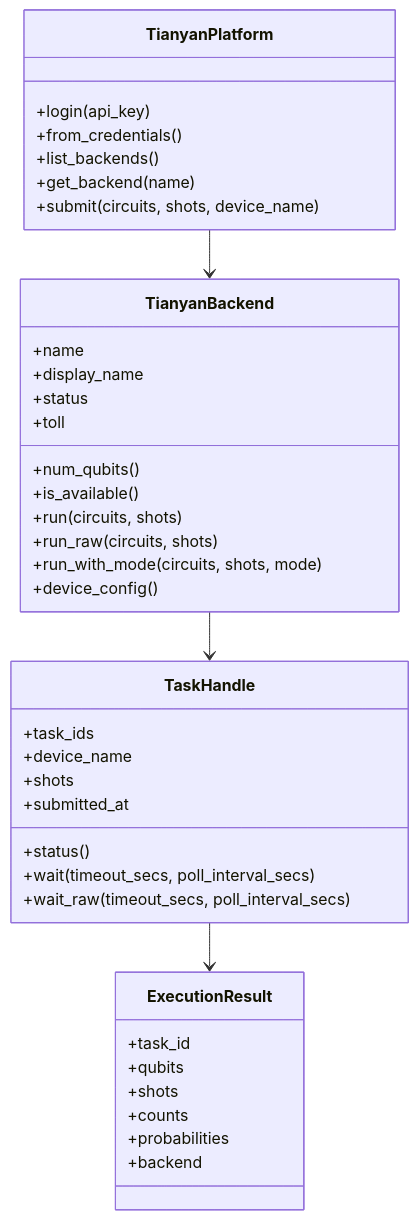
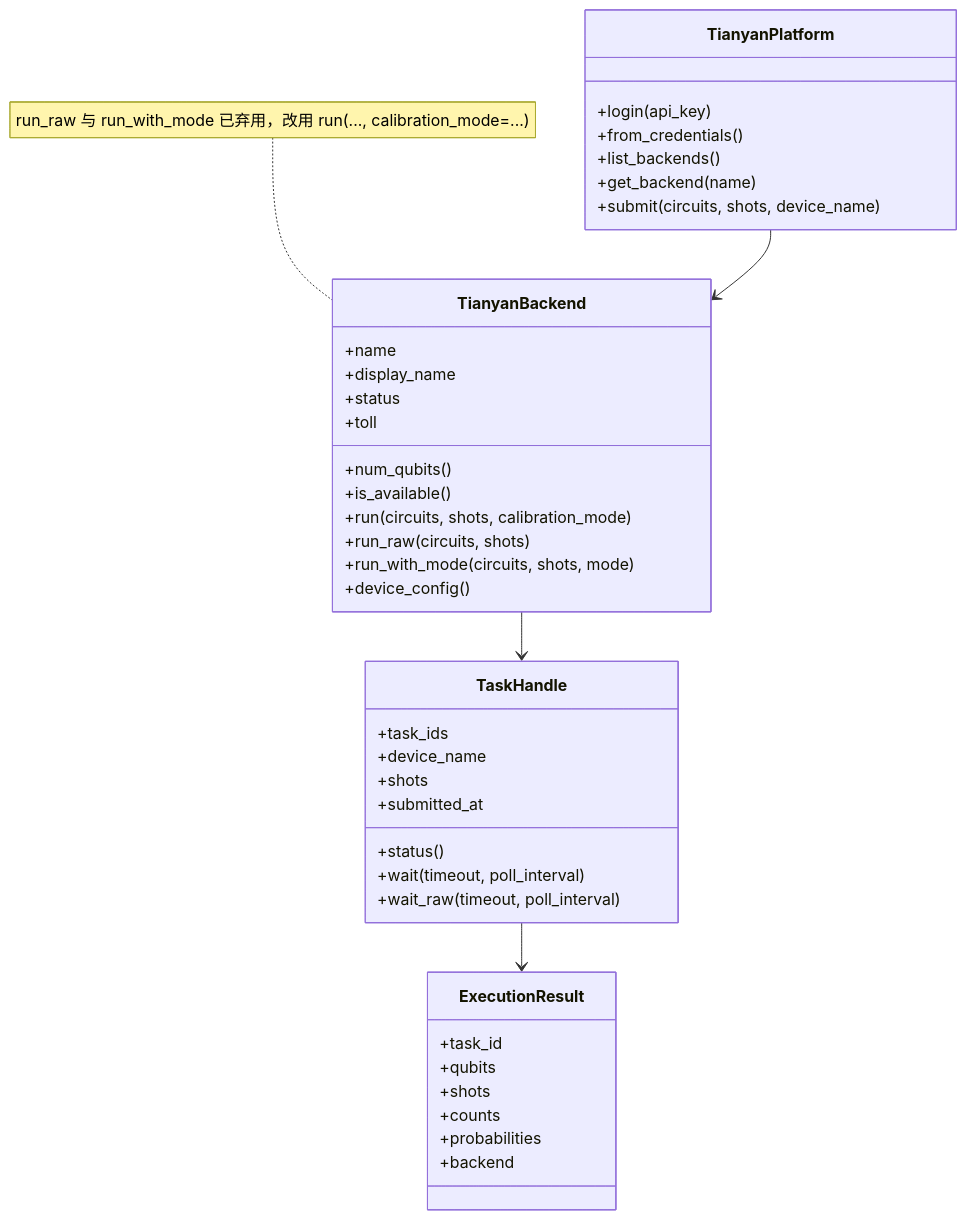
Before and after one commit to 1734/cqlib: the second of 2 diagrams in docs/documentation/cn/1_cqlib/7_tianyan/0_overview.md, drawn with Mermaid. The commit also changed other lines of this file and 7 other files, not shown here.

````diff
--- a/docs/documentation/cn/1_cqlib/7_tianyan/0_overview.md
+++ b/docs/documentation/cn/1_cqlib/7_tianyan/0_overview.md
@@ -100,42 +100,43 @@
 ```mermaid
 classDiagram
     class TianyanPlatform {
         +login(api_key)
         +from_credentials()
         +list_backends()
         +get_backend(name)
         +submit(circuits, shots, device_name)
     }
     class TianyanBackend {
         +name
         +display_name
         +status
         +toll
         +num_qubits()
         +is_available()
-        +run(circuits, shots)
+        +run(circuits, shots, calibration_mode)
         +run_raw(circuits, shots)
         +run_with_mode(circuits, shots, mode)
         +device_config()
     }
     class TaskHandle {
         +task_ids
         +device_name
         +shots
         +submitted_at
         +status()
-        +wait(timeout_secs, poll_interval_secs)
-        +wait_raw(timeout_secs, poll_interval_secs)
+        +wait(timeout, poll_interval)
+        +wait_raw(timeout, poll_interval)
     }
     class ExecutionResult {
         +task_id
         +qubits
         +shots
         +counts
         +probabilities
         +backend
     }
     TianyanPlatform --> TianyanBackend
     TianyanBackend --> TaskHandle
     TaskHandle --> ExecutionResult
+    note for TianyanBackend "run_raw 与 run_with_mode 已弃用，改用 run(..., calibration_mode=...)"
 ```
````
